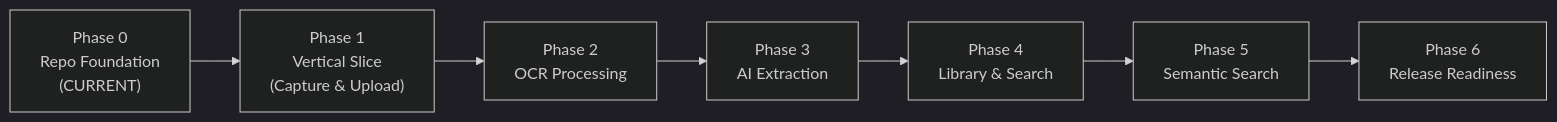
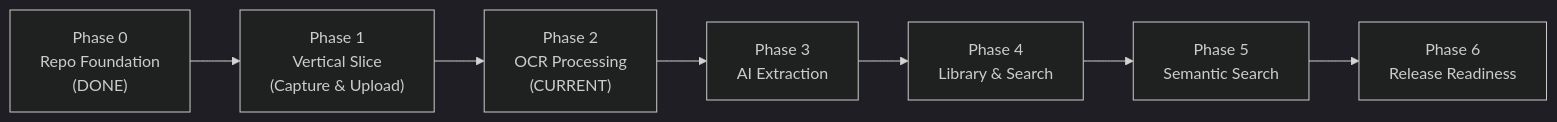
The diagram in docs/implementation/ROADMAP.md (ndkxm/rewind), drawn with Mermaid (dark theme) before and after one commit. The commit also changed other lines of this file and 8 other files, not shown here.

````diff
--- a/docs/implementation/ROADMAP.md
+++ b/docs/implementation/ROADMAP.md
@@ -10,9 +10,9 @@
 ```mermaid
 flowchart LR
-    P0["Phase 0<br/>Repo Foundation<br/>(CURRENT)"] --> P1["Phase 1<br/>Vertical Slice<br/>(Capture & Upload)"]
-    P1 --> P2["Phase 2<br/>OCR Processing"]
+    P0["Phase 0<br/>Repo Foundation<br/>(DONE)"] --> P1["Phase 1<br/>Vertical Slice<br/>(Capture & Upload)"]
+    P1 --> P2["Phase 2<br/>OCR Processing<br/>(CURRENT)"]
     P2 --> P3["Phase 3<br/>AI Extraction"]
     P3 --> P4["Phase 4<br/>Library & Search"]
     P4 --> P5["Phase 5<br/>Semantic Search"]
     P5 --> P6["Phase 6<br/>Release Readiness"]
 ```
````
